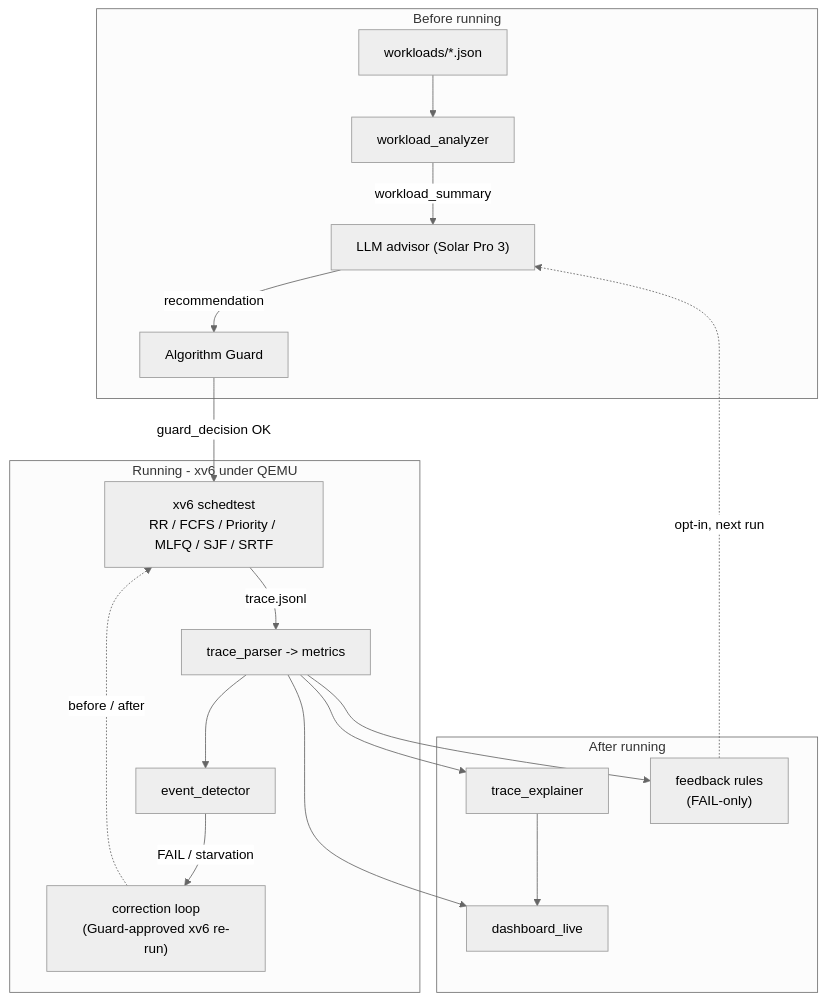
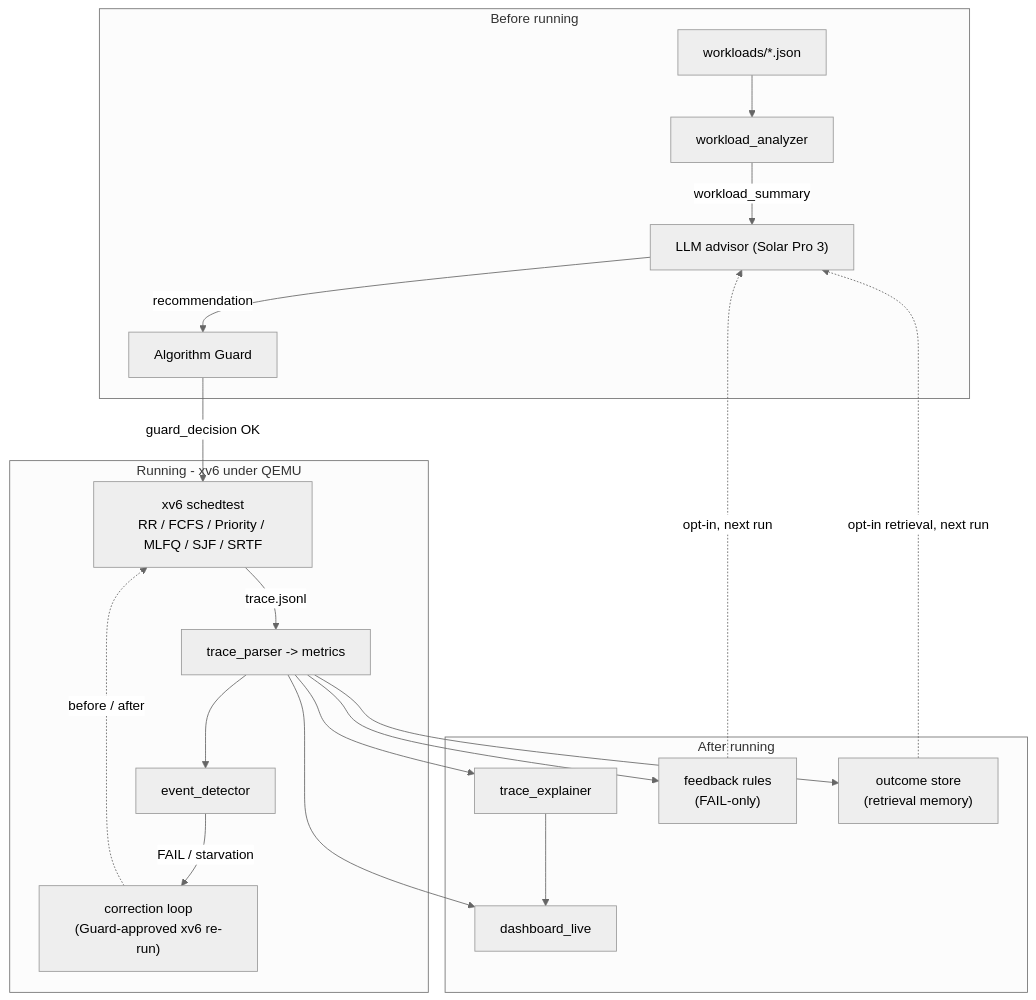
The diagram in README.md (JBR-313/Team_Tricycle_OS_Project), drawn with Mermaid (neutral theme) before and after one commit. The commit also changed other lines of this file and 5 other files, not shown here.

````diff
--- a/README.md
+++ b/README.md
@@ -24,24 +29,26 @@
 ```mermaid
 flowchart TD
   subgraph BEFORE["Before running"]
     W["workloads/*.json"] --> AN["workload_analyzer"]
     AN -->|"workload_summary"| AD["LLM advisor (Solar Pro 3)"]
     AD -->|"recommendation"| GD["Algorithm Guard"]
   end
   subgraph RUN["Running - xv6 under QEMU"]
     XV["xv6 schedtest<br/>RR / FCFS / Priority / MLFQ / SJF / SRTF"]
     XV -->|"trace.jsonl"| MP["trace_parser -> metrics"]
     MP --> EV["event_detector"]
     EV -->|"FAIL / starvation"| CR["correction loop<br/>(Guard-approved xv6 re-run)"]
     CR -.->|"before / after"| XV
   end
   subgraph AFTER["After running"]
     EX["trace_explainer"]
     FB["feedback rules<br/>(FAIL-only)"]
+    LS["outcome store<br/>(retrieval memory)"]
     DB["dashboard_live"]
   end
   GD -->|"guard_decision OK"| XV
   MP --> EX --> DB
   MP --> FB -.->|"opt-in, next run"| AD
+  MP --> LS -.->|"opt-in retrieval, next run"| AD
   MP --> DB
 ```
````
